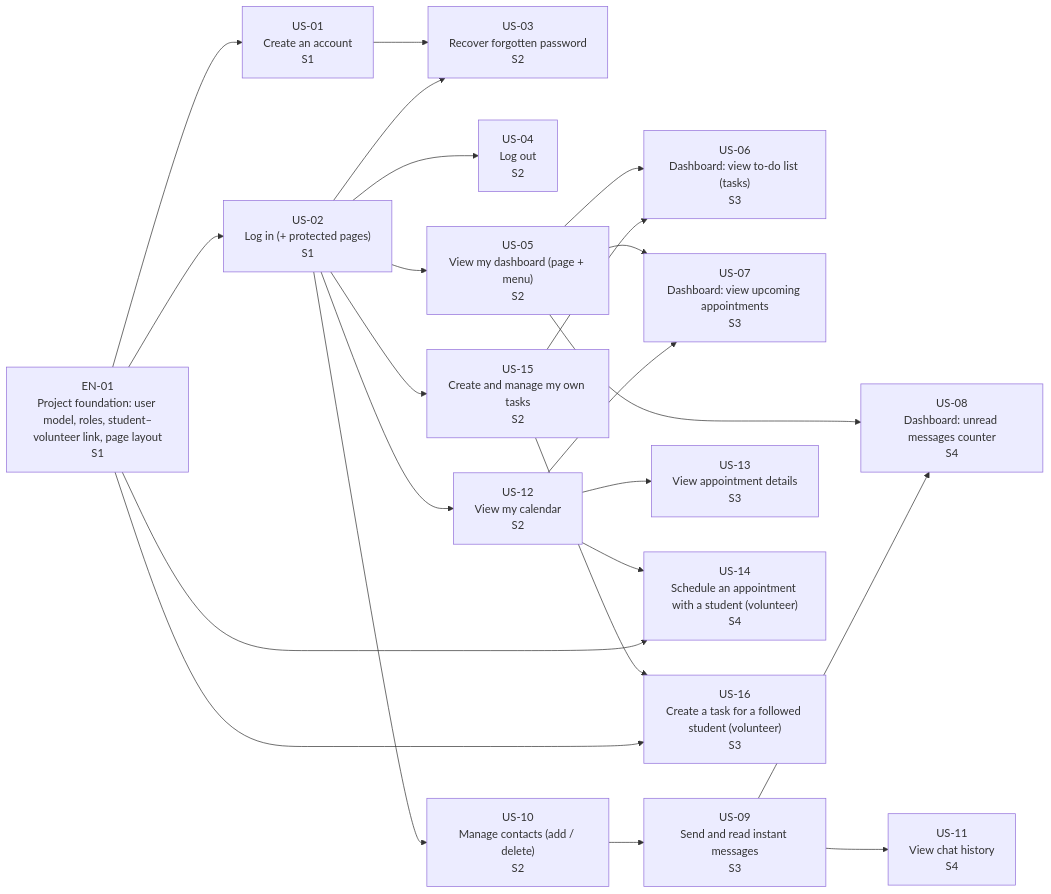
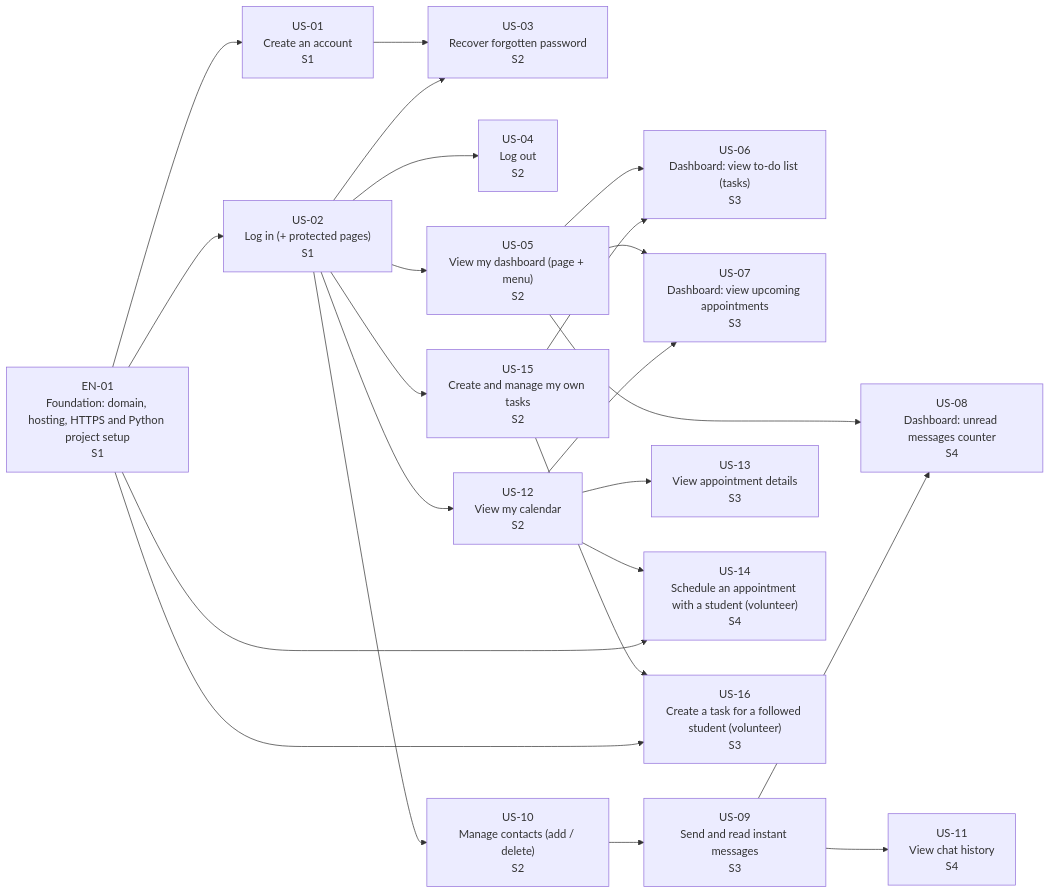
The diagram in KANBAN.md (hassiba98/learn-home), drawn with Mermaid before and after one commit. The commit also changed other lines of this file and 3 other files, not shown here.

````diff
--- a/KANBAN.md
+++ b/KANBAN.md
@@ -24,42 +24,42 @@
 ```mermaid
 graph LR
-  EN01["EN-01<br/>Project foundation: user model, roles, student–volunteer link, page layout<br/>S1"]
+  EN01["EN-01<br/>Foundation: domain, hosting, HTTPS and Python project setup<br/>S1"]
   US01["US-01<br/>Create an account<br/>S1"]
   US02["US-02<br/>Log in (+ protected pages)<br/>S1"]
   US03["US-03<br/>Recover forgotten password<br/>S2"]
   US04["US-04<br/>Log out<br/>S2"]
   US05["US-05<br/>View my dashboard (page + menu)<br/>S2"]
   US06["US-06<br/>Dashboard: view to-do list (tasks)<br/>S3"]
   US07["US-07<br/>Dashboard: view upcoming appointments<br/>S3"]
   US08["US-08<br/>Dashboard: unread messages counter<br/>S4"]
   US09["US-09<br/>Send and read instant messages<br/>S3"]
   US10["US-10<br/>Manage contacts (add / delete)<br/>S2"]
   US11["US-11<br/>View chat history<br/>S4"]
   US12["US-12<br/>View my calendar<br/>S2"]
   US13["US-13<br/>View appointment details<br/>S3"]
   US14["US-14<br/>Schedule an appointment with a student (volunteer)<br/>S4"]
   US15["US-15<br/>Create and manage my own tasks<br/>S2"]
   US16["US-16<br/>Create a task for a followed student (volunteer)<br/>S3"]
   EN01 --> US01
   EN01 --> US02
   US01 --> US03
   US02 --> US03
   US02 --> US04
   US02 --> US05
   US05 --> US06
   US15 --> US06
   US05 --> US07
   US12 --> US07
   US05 --> US08
   US09 --> US08
   US10 --> US09
   US02 --> US10
   US09 --> US11
   US02 --> US12
   US12 --> US13
   US12 --> US14
   EN01 --> US14
   US02 --> US15
   US15 --> US16
   EN01 --> US16
 ```
````
